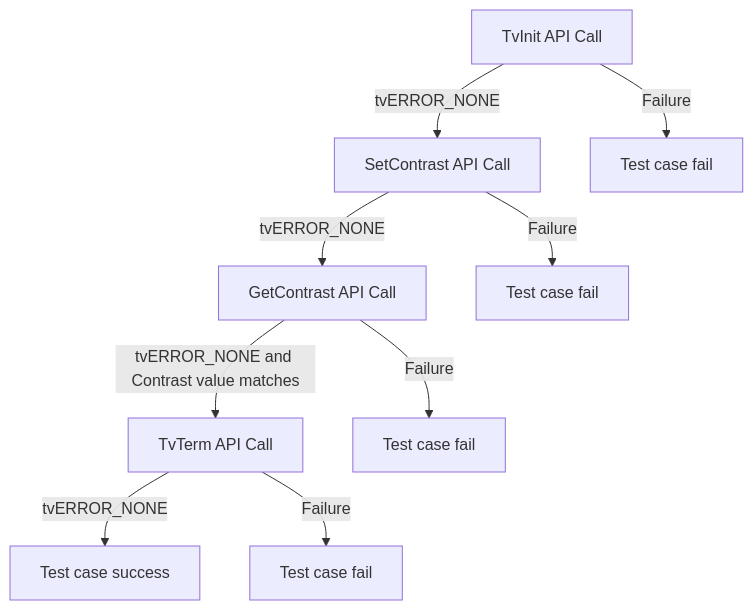
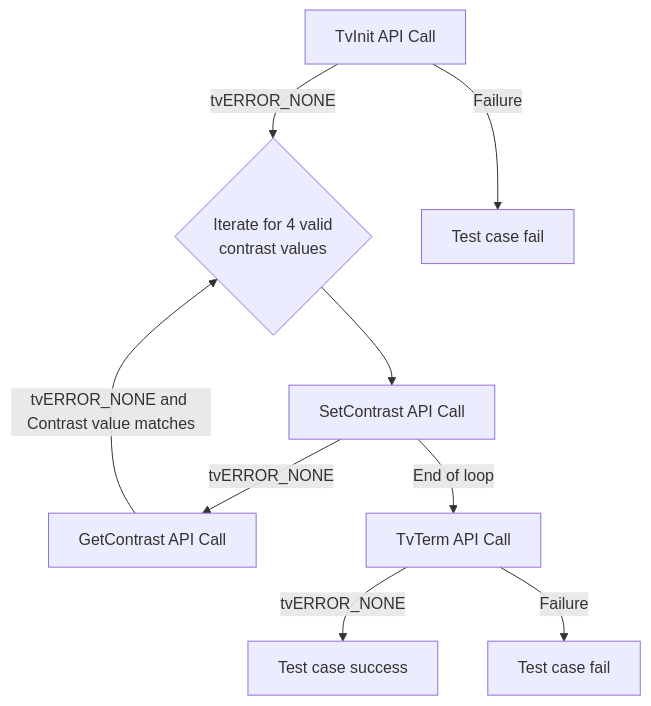
Diagram 14 of 48 in docs/pages/tvSettings_L2_Low-Level_TestSpecification.md (rdkcentral/rdkv-halif-test-tvsettings), drawn with Mermaid before and after one commit. The commit also changed other lines of this file and 1 other file, not shown here.

````diff
--- a/docs/pages/tvSettings_L2_Low-Level_TestSpecification.md
+++ b/docs/pages/tvSettings_L2_Low-Level_TestSpecification.md
@@ -673,11 +662,11 @@
 ```mermaid
 graph TB
-A[TvInit API Call] -->|tvERROR_NONE| B[SetContrast API Call]
+A[TvInit API Call] -->|tvERROR_NONE| Step1{Iterate for 4 valid <br> contrast values }
+Step1 --> B[SetContrast API Call]
 A -->|Failure| A1[Test case fail]
 B -->|tvERROR_NONE| C[GetContrast API Call]
-B -->|Failure| B1[Test case fail]
-C -->|tvERROR_NONE and Contrast value matches| D[TvTerm API Call]
-C -->|Failure| C1[Test case fail]
+C -->|tvERROR_NONE and Contrast value matches| Step1
+B -->|End of loop|D[TvTerm API Call]
 D -->|tvERROR_NONE| E[Test case success]
 D -->|Failure| D1[Test case fail]
 ```
````
